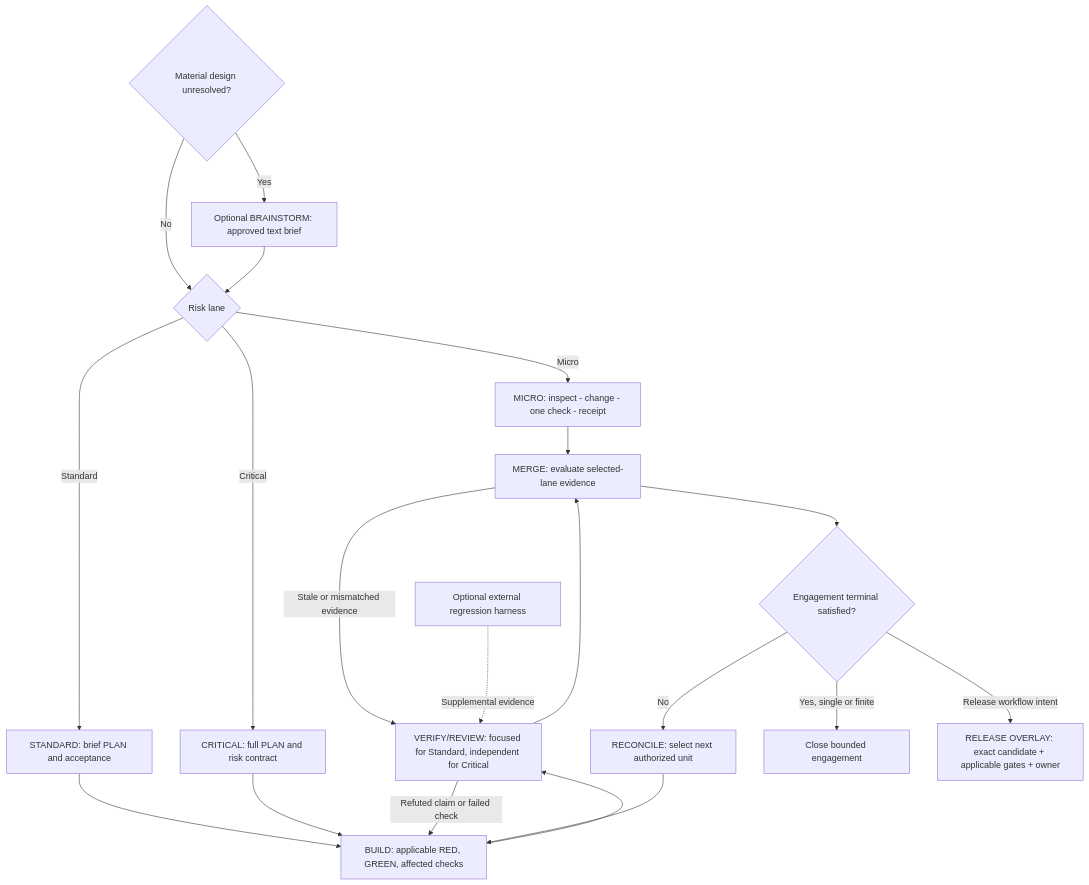
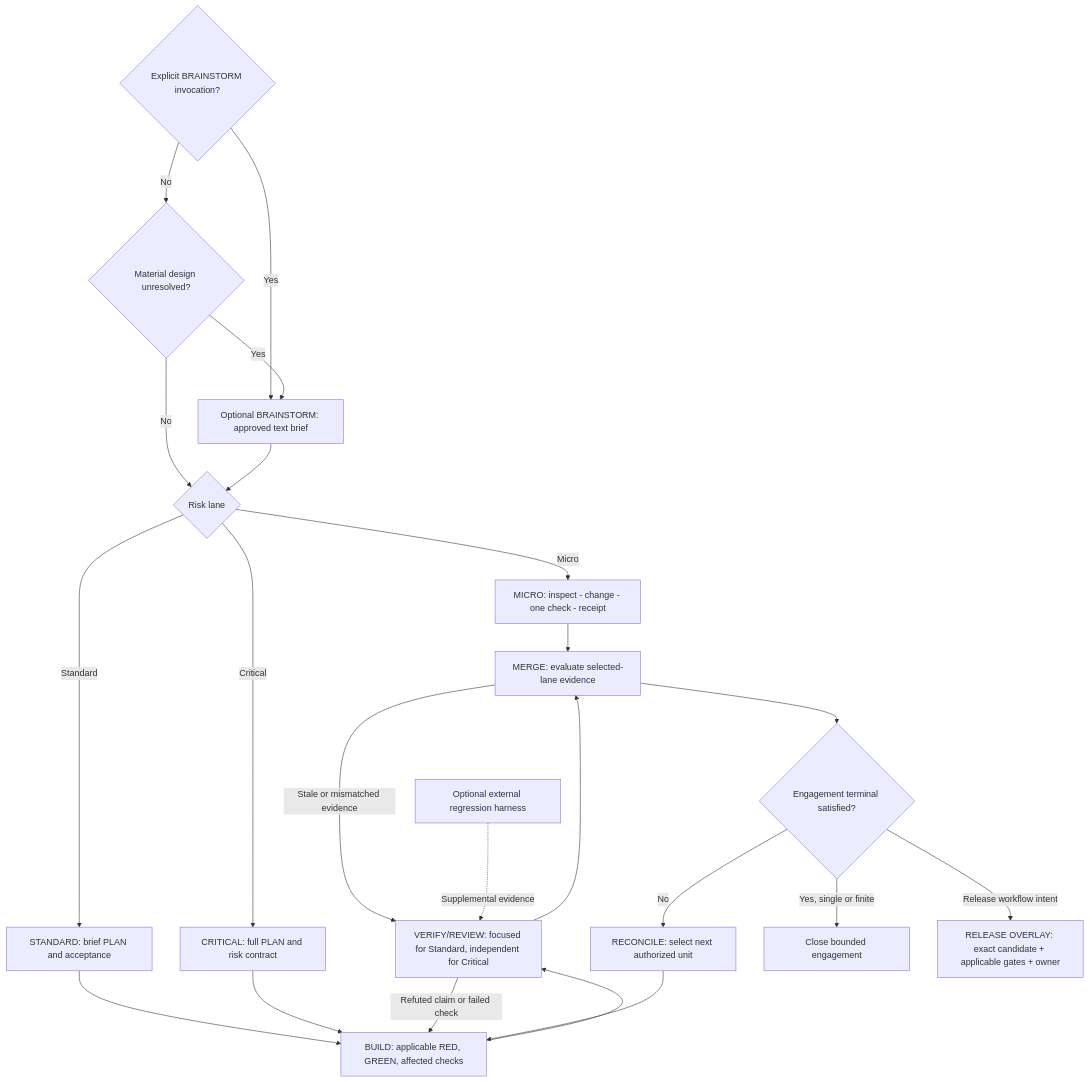
One commit to scottconverse/dev-rigor-stack-lite changed the second of 2 diagrams in docs/architecture.md. Above: the diagram before and after it, drawn with Mermaid. The commit also changed other lines of this file and 13 other files, not shown here.

````diff
--- a/docs/architecture.md
+++ b/docs/architecture.md
@@ -45,24 +45,27 @@
 ```mermaid
 flowchart TD
+    Explicit{"Explicit BRAINSTORM invocation?"}
     Brief{"Material design unresolved?"}
+    Explicit -- "Yes" --> Brainstorm
+    Explicit -- "No" --> Brief
     Brief -- "Yes" --> Brainstorm["Optional BRAINSTORM: approved text brief"]
     Brief -- "No" --> Route
     Brainstorm --> Route
     Route{"Risk lane"}
     Route -- "Micro" --> Micro["MICRO: inspect - change - one check - receipt"]
     Route -- "Standard" --> Plan["STANDARD: brief PLAN and acceptance"]
     Route -- "Critical" --> Critical["CRITICAL: full PLAN and risk contract"]
     Plan --> Build["BUILD: applicable RED, GREEN, affected checks"]
     Critical --> Build
     Build --> Verify["VERIFY/REVIEW: focused for Standard, independent for Critical"]
     Verify --> Merge["MERGE: evaluate selected-lane evidence"]
     Micro --> Merge
     Verify -- "Refuted claim or failed check" --> Build
     Merge -- "Stale or mismatched evidence" --> Verify
     Merge --> Reconcile{"Engagement terminal satisfied?"}
     Reconcile -- "No" --> Select["RECONCILE: select next authorized unit"]
     Select --> Build
     Reconcile -- "Yes, single or finite" --> Close["Close bounded engagement"]
     Reconcile -- "Release workflow intent" --> Release["RELEASE OVERLAY: exact candidate + applicable gates + owner"]
     Harness["Optional external regression harness"] -. "Supplemental evidence" .-> Verify
 ```
````
